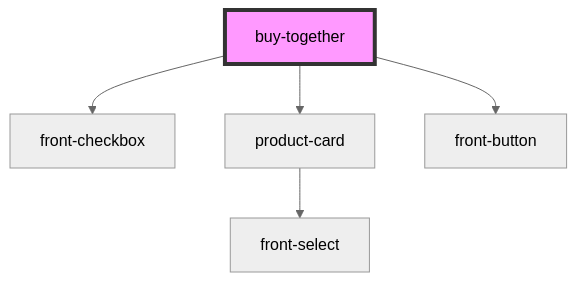
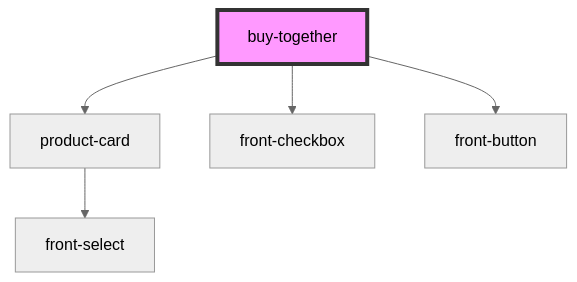
The diagram in src/components/buy-together/readme.md (commerce-suite/storefront-components), drawn with Mermaid (neutral theme) before and after one commit. The commit also changed other lines of this file and 1 other file, not shown here.

Commit message:
fix(buy-together): atualizacao do component.d.ts

````diff
--- a/src/components/buy-together/readme.md
+++ b/src/components/buy-together/readme.md
@@ -17,8 +17,8 @@
 ```mermaid
 graph TD;
+  buy-together --> product-card
   buy-together --> front-checkbox
-  buy-together --> product-card
   buy-together --> front-button
   product-card --> front-select
   style buy-together fill:#f9f,stroke:#333,stroke-width:4px
 ```
````
